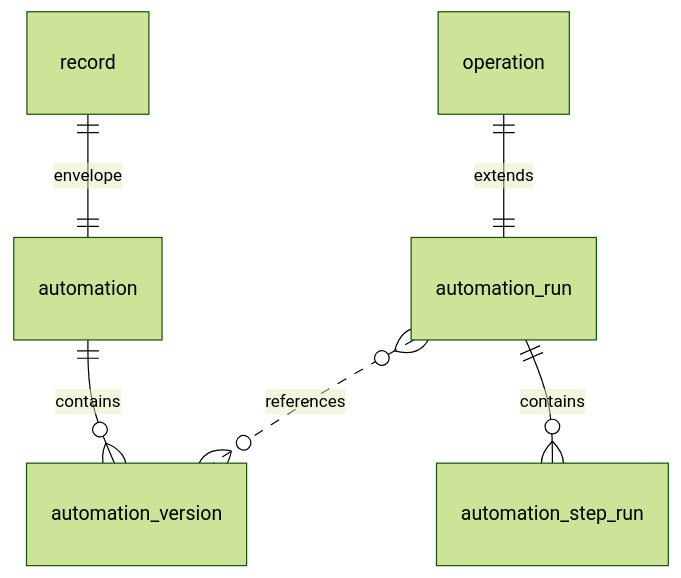
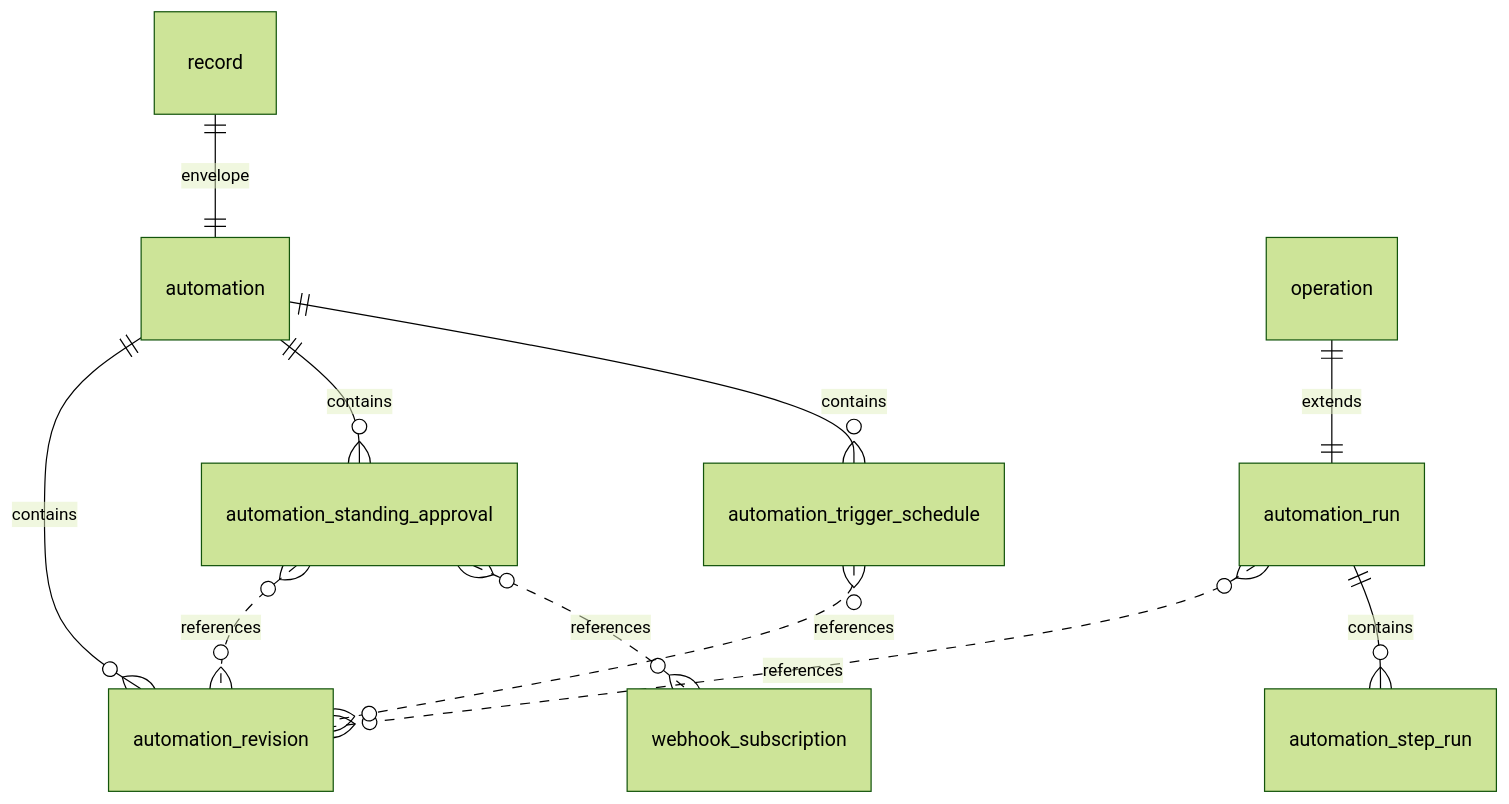
Diagram 28 of 31 in docs/architecture/data/generated/er-diagrams.md (KatrielMoses/pm), drawn with Mermaid (forest theme) before and after one commit. The commit also changed 44 other files, not shown here.

````diff
--- a/docs/architecture/data/generated/er-diagrams.md
+++ b/docs/architecture/data/generated/er-diagrams.md
@@ -460,8 +460,13 @@
 ```mermaid
 erDiagram
   record ||--|| automation : "envelope"
-  automation ||--o{ automation_version : "contains"
+  automation ||--o{ automation_revision : "contains"
   operation ||--|| automation_run : "extends"
-  automation_run }o..o{ automation_version : "references"
+  automation_run }o..o{ automation_revision : "references"
   automation_run ||--o{ automation_step_run : "contains"
+  automation ||--o{ automation_standing_approval : "contains"
+  automation_standing_approval }o..o{ automation_revision : "references"
+  automation_standing_approval }o..o{ webhook_subscription : "references"
+  automation ||--o{ automation_trigger_schedule : "contains"
+  automation_trigger_schedule }o..o{ automation_revision : "references"
 ```
````
